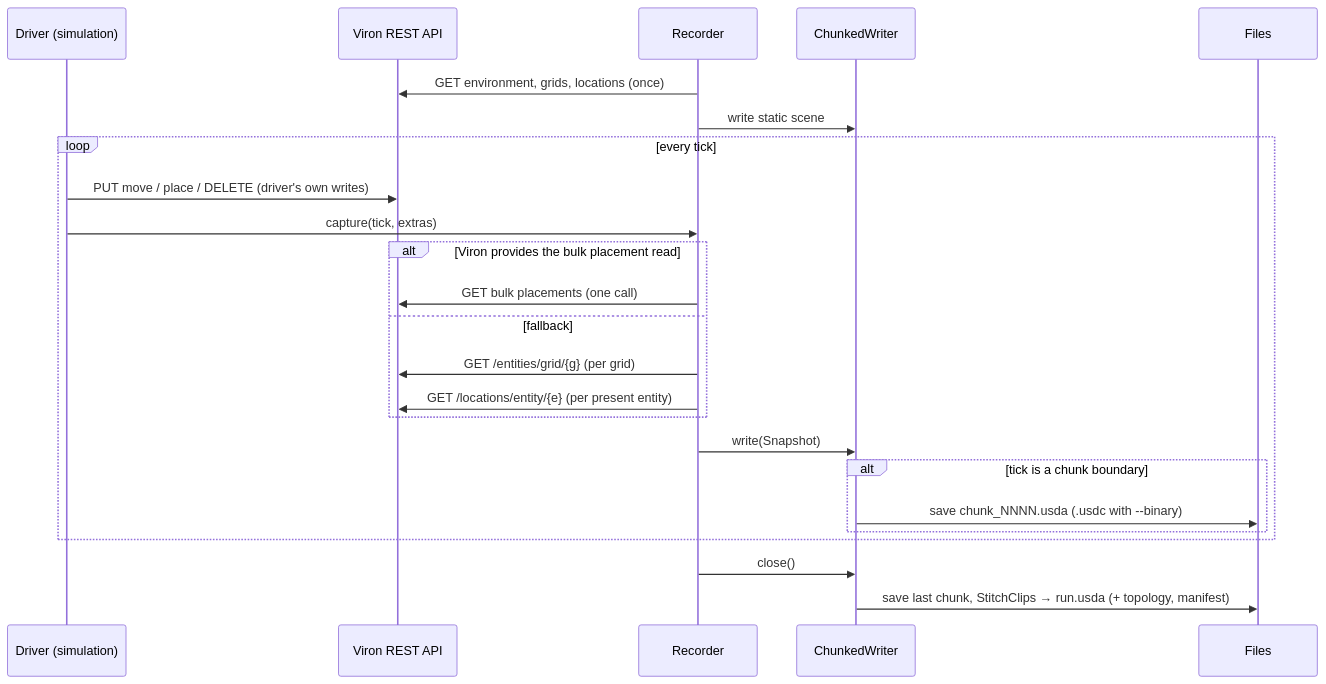
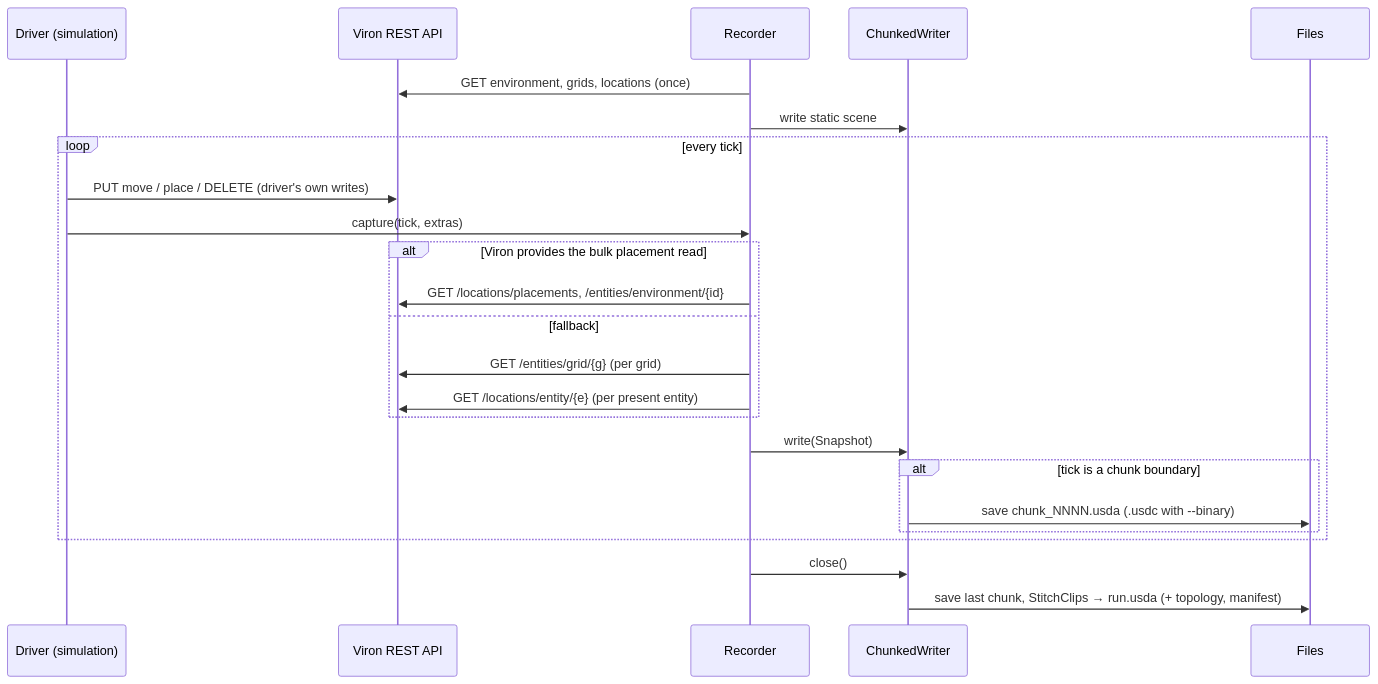
One commit to Preponderous-Software/viron-usd changed the diagram in ARCHITECTURE.md. Above: the diagram before and after it, drawn with Mermaid. The commit also changed other lines of this file and 7 other files, not shown here.

````diff
--- a/ARCHITECTURE.md
+++ b/ARCHITECTURE.md
@@ -137,27 +140,27 @@
 ```mermaid
 sequenceDiagram
     participant D as Driver (simulation)
     participant V as Viron REST API
     participant R as Recorder
     participant W as ChunkedWriter
     participant F as Files
 
     R->>V: GET environment, grids, locations (once)
     R->>W: write static scene
     loop every tick
         D->>V: PUT move / place / DELETE (driver's own writes)
         D->>R: capture(tick, extras)
         alt Viron provides the bulk placement read
-            R->>V: GET bulk placements (one call)
+            R->>V: GET /locations/placements, /entities/environment/{id}
         else fallback
             R->>V: GET /entities/grid/{g} (per grid)
             R->>V: GET /locations/entity/{e} (per present entity)
         end
         R->>W: write(Snapshot)
         alt tick is a chunk boundary
             W->>F: save chunk_NNNN.usda (.usdc with --binary)
         end
     end
     R->>W: close()
     W->>F: save last chunk, StitchClips → run.usda (+ topology, manifest)
 ```
````
